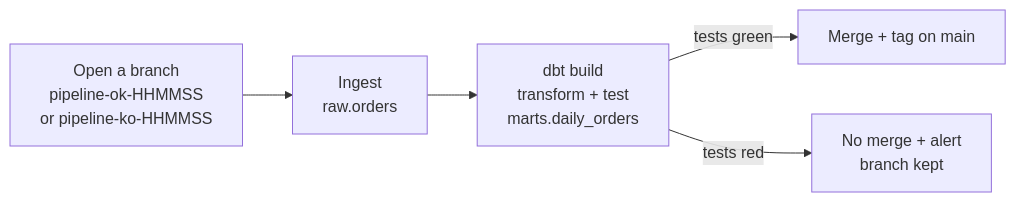
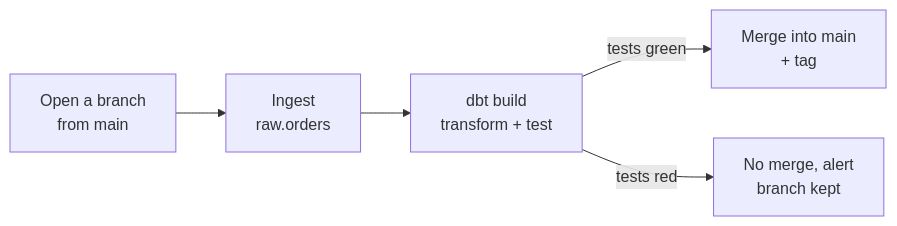
One commit to sebvey/nessie-ooo changed the diagram in README.md. Above: the diagram before and after it, drawn with Mermaid.

Commit message:
Shorten the labels of the README diagram

````diff
--- a/README.md
+++ b/README.md
@@ -5,11 +5,11 @@
 ```mermaid
 flowchart LR
-    branch["Open a branch<br/>pipeline-ok-HHMMSS<br/>or pipeline-ko-HHMMSS"]
+    branch["Open a branch<br/>from main"]
     ingest["Ingest<br/>raw.orders"]
-    dbt["dbt build<br/>transform + test<br/>marts.daily_orders"]
-    merge["Merge + tag on main"]
-    alert["No merge + alert<br/>branch kept"]
+    dbt["dbt build<br/>transform + test"]
+    merge["Merge into main<br/>+ tag"]
+    alert["No merge, alert<br/>branch kept"]
     branch --> ingest --> dbt
     dbt -- tests green --> merge
     dbt -- tests red --> alert
 ```
````
